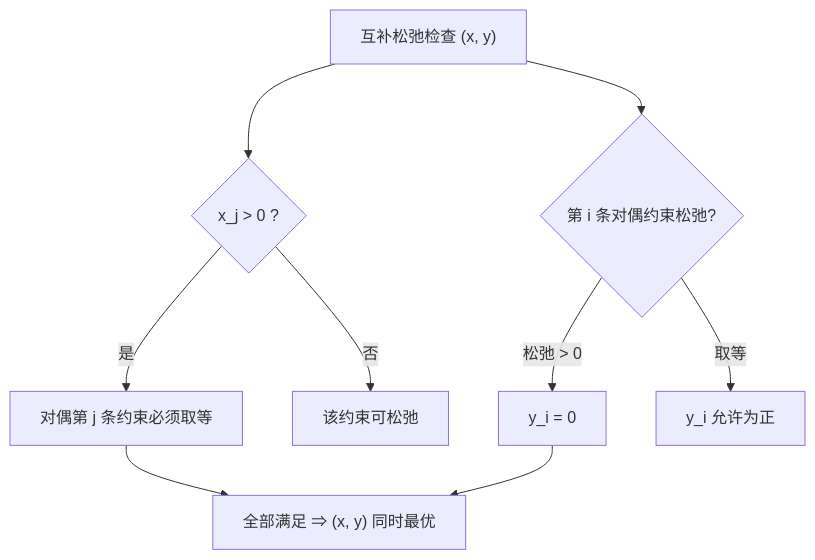
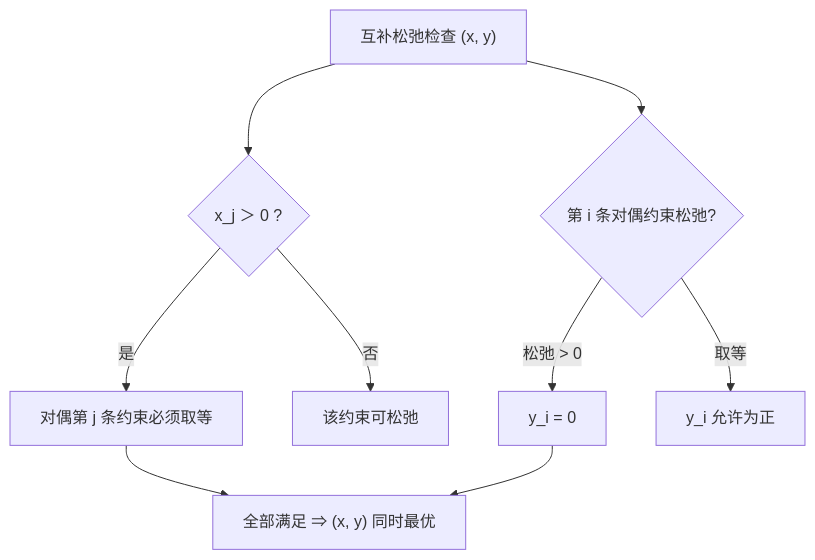
Before and after one commit to xhongduo-tech/xhongduo-tech.github.io: the second of 2 diagrams in docs/cs/lp-duality.md, drawn with Mermaid. The commit also changed 291 other files, not shown here.

Commit message:
Normalize lesson titles to tree names and repair mermaid arrow/quote syntax site-wide.

````diff
--- a/docs/cs/lp-duality.md
+++ b/docs/cs/lp-duality.md
@@ -51,11 +51,11 @@
 ```mermaid
 flowchart TD
-  CS["互补松弛检查 (x, y)"] --> P{"x_j > 0 ?"}
+  CS["互补松弛检查 (x, y)"] --> P{"x_j ＞ 0 ?"}
   P -->|"是"| TIGHT["对偶第 j 条约束必须取等"]
   P -->|"否"| FREE["该约束可松弛"]
   CS --> D{"第 i 条对偶约束松弛?"}
   D -->|"松弛 > 0"| ZERO["y_i = 0"]
   D -->|"取等"| ANY["y_i 允许为正"]
   TIGHT --> OPT["全部满足 ⇒ (x, y) 同时最优"]
   ZERO --> OPT
 ```
````
